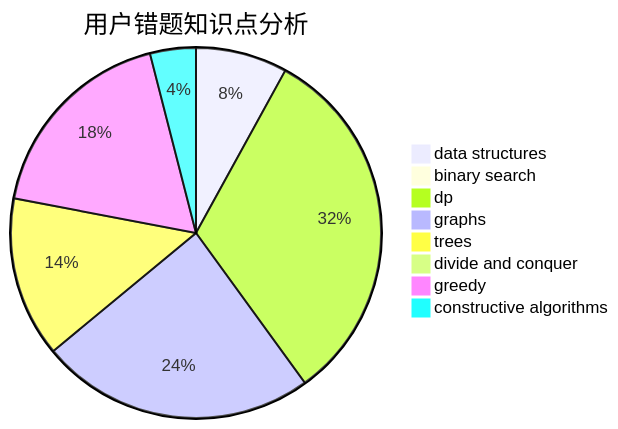
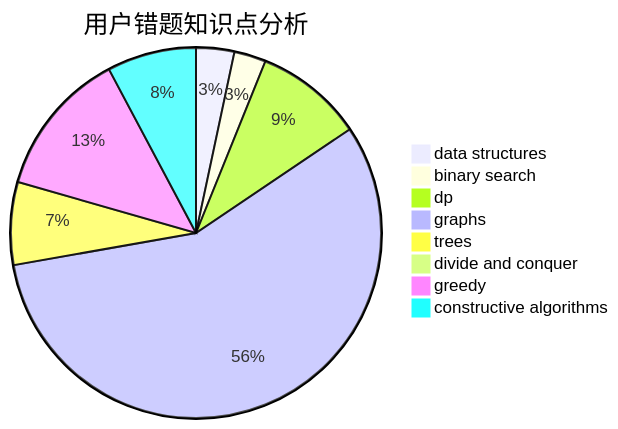
One commit to sherpahu/cfrs.github.io changed the third of 3 diagrams in docs/user/u1493.md. Above: the diagram before and after it, drawn with Mermaid. The commit also changed other lines of this file and 2770 other files, not shown here.

````diff
--- a/docs/user/u1493.md
+++ b/docs/user/u1493.md
@@ -36,11 +36,11 @@
 ```mermaid
 pie title 用户错题知识点分析
-    "data structures" :  4
-    "binary search" :  0
-    "dp" :  16
-    "graphs" :  12
-    "trees" :  7
-    "divide and conquer" :  0
-    "greedy" :  9
-    "constructive algorithms" :  2
+    "data structures" :  6
+    "binary search" :  5
+    "dp" :  17
+    "graphs" :  102
+    "trees" :  13
+    "divide and conquer" :  1
+    "greedy" :  23
+    "constructive algorithms" :  14
 ```
````
